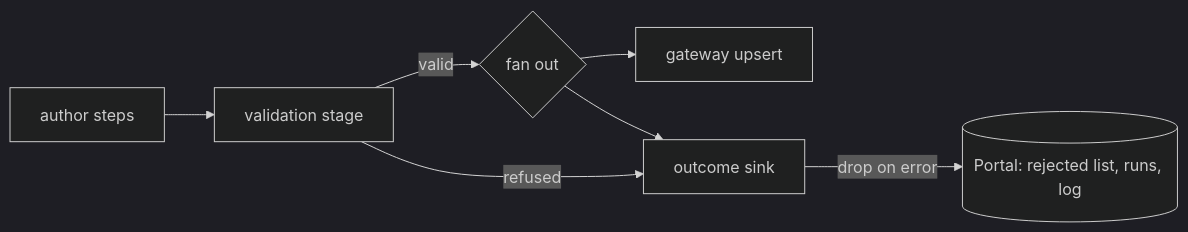
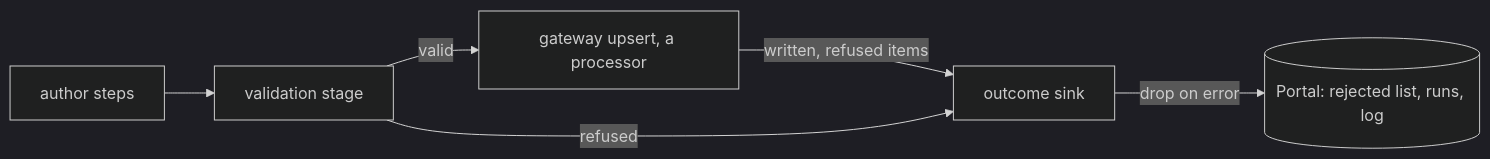
One commit to marek-mraz-jc/joinedcontext-docs changed the second of 2 diagrams in Architecture/08-pipelines.md. Above: the diagram before and after it, drawn with Mermaid (dark theme). The commit also changed other lines of this file, not shown here.

Commit message:
T-4056: Pipelines: writes as processors, refused 207 items and 400/413/422 batches logged failed, threads 64/4, p99 from the writes (PL-61, PL-62)

````diff
--- a/Architecture/08-pipelines.md
+++ b/Architecture/08-pipelines.md
@@ -1017,9 +1028,8 @@
 ```mermaid
 flowchart LR
   steps[author steps] --> stage[validation stage]
-  stage -- valid --> fan{fan out}
-  fan --> gw[gateway upsert]
-  fan --> sink[outcome sink]
+  stage -- valid --> gw[gateway upsert, a processor]
+  gw -- written, refused items --> sink[outcome sink]
   stage -- refused --> sink
   sink -->|drop on error| portal[(Portal: rejected list, runs, log)]
 ```
````
